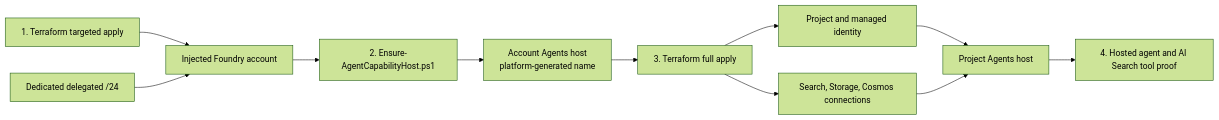
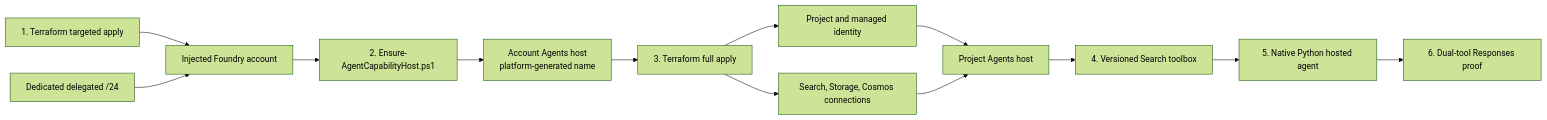
The second of 2 diagrams in docs/architecture.md (aionic/funwithfoundry), drawn with Mermaid (forest theme) before and after one commit. The commit also changed other lines of this file and 26 other files, not shown here.

Commit message:
Deploy native Foundry dual-retrieval agent

````diff
--- a/docs/architecture.md
+++ b/docs/architecture.md
@@ -41,13 +47,15 @@
 ```mermaid
 flowchart LR
     APPLY1["1. Terraform targeted apply"] --> ACCOUNT["Injected Foundry account"]
     SUBNET["Dedicated delegated /24"] --> ACCOUNT
     ACCOUNT --> ENSURE["2. Ensure-AgentCapabilityHost.ps1"]
     ENSURE --> AH["Account Agents host<br/>platform-generated name"]
     AH --> APPLY2["3. Terraform full apply"]
     APPLY2 --> PROJECT["Project and managed identity"]
     APPLY2 --> CONNS["Search, Storage, Cosmos connections"]
     PROJECT --> PH["Project Agents host"]
     CONNS --> PH
-    PH --> TEST["4. Hosted agent and AI Search tool proof"]
+    PH --> TOOLBOX["4. Versioned Search toolbox"]
+    TOOLBOX --> AGENT["5. Native Python hosted agent"]
+    AGENT --> TEST["6. Dual-tool Responses proof"]
 ```
````
